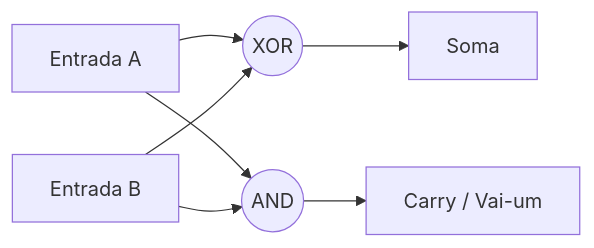
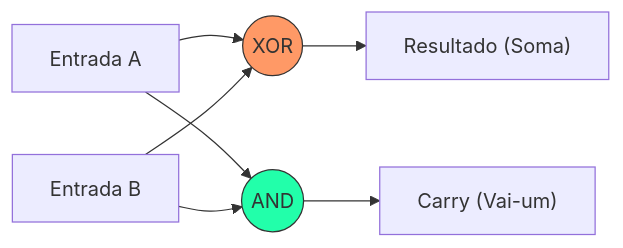
Before and after one commit to ricardotecpro/ads_mod_01_fundamentos_da_computacao: the diagram in docs/aulas/aula-11.md, drawn with Mermaid. The commit also changed other lines of this file and 31 other files, not shown here.

````diff
--- a/docs/aulas/aula-11.md
+++ b/docs/aulas/aula-11.md
@@ -46,9 +35,11 @@
-```mermaid
-graph LR
-    A[Entrada A] --> XOR((XOR))
-    B[Entrada B] --> XOR
-    A --> AND((AND))
-    B --> AND
-    XOR --> S[Soma]
-    AND --> C[Carry / Vai-um]
-```
+    ```mermaid
+    graph LR
+        A["Entrada A"] --> XOR(("XOR"))
+        B["Entrada B"] --> XOR
+        A --> AND(("AND"))
+        B --> AND
+        XOR --> S["Resultado (Soma)"]
+        AND --> C["Carry (Vai-um)"]
+        style XOR fill:#f96,stroke:#333
+        style AND fill:#2fa,stroke:#333
+    ```
````
